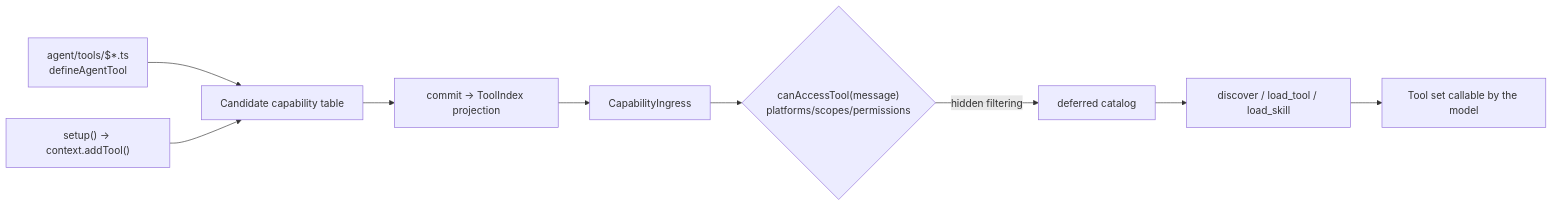
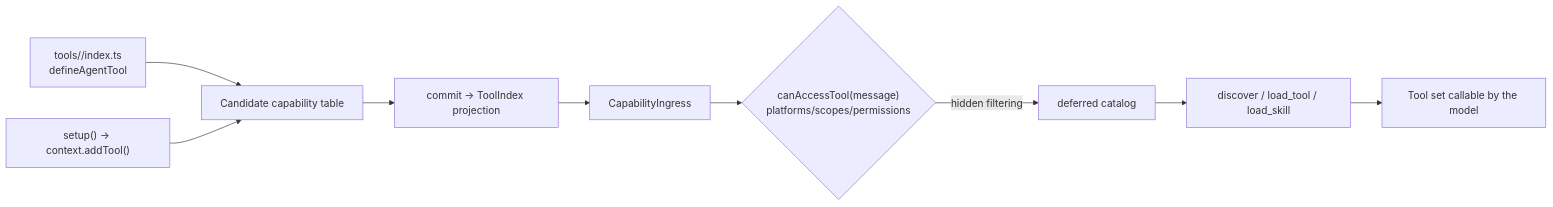
Before and after one commit to zhinjs/zhin: the diagram in docs/en/authoring/agent-tools.md, drawn with Mermaid. The commit also changed other lines of this file and 341 other files, not shown here.

Commit message:
refactor(agent): standardize capability directories

````diff
--- a/docs/en/authoring/agent-tools.md
+++ b/docs/en/authoring/agent-tools.md
@@ -10,11 +10,11 @@
 ```mermaid
 flowchart LR
-    A["agent/tools/$*.ts<br/>defineAgentTool"] --> C[Candidate capability table]
+    A["tools/<name>/index.ts<br/>defineAgentTool"] --> C[Candidate capability table]
     B["setup() → context.addTool()"] --> C
     C --> D["commit → ToolIndex projection"]
     D --> E[CapabilityIngress]
     E --> F{"canAccessTool(message)<br/>platforms/scopes/permissions"}
     F -->|hidden filtering| G[deferred catalog]
     G --> H["discover / load_tool / load_skill"]
     H --> I[Tool set callable by the model]
 ```
````
